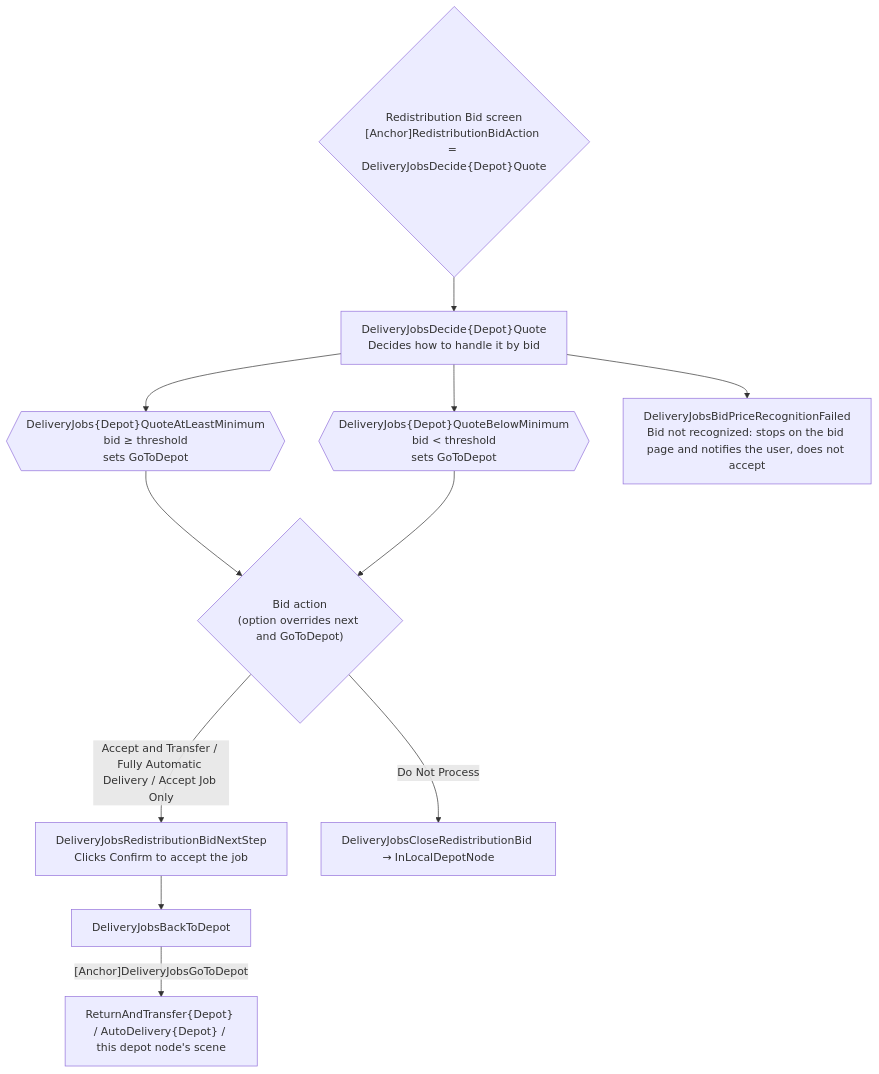
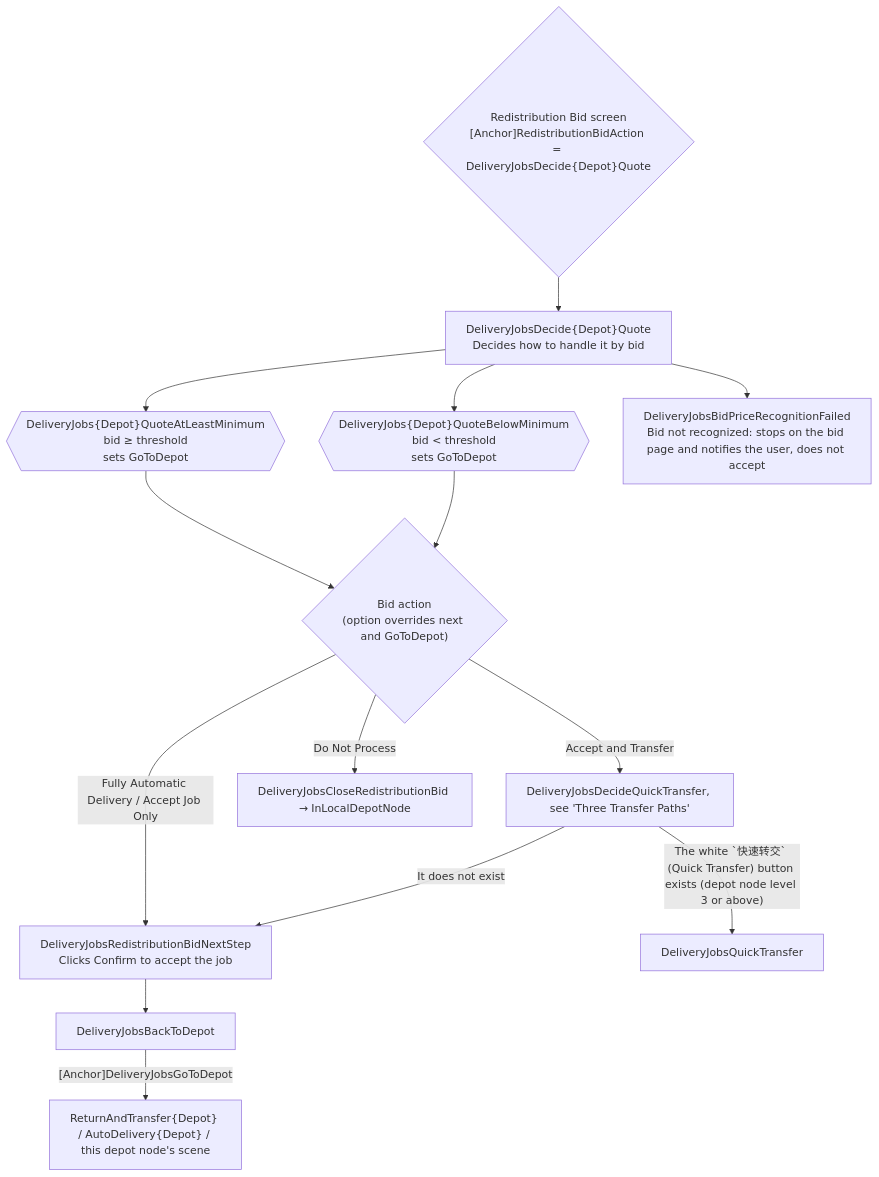
The third of 6 diagrams in docs/en_us/developers/tasks/delivery-jobs-maintain.md (MaaEnd/MaaEnd), drawn with Mermaid before and after one commit. The commit also changed other lines of this file and 6 other files, not shown here.

First line of the commit message:
fix(DeliveryJobs): 调度申请界面等按钮稳定后判断是否走快速转交（仓储节点未满3级时回退接取）

````diff
--- a/docs/en_us/developers/tasks/delivery-jobs-maintain.md
+++ b/docs/en_us/developers/tasks/delivery-jobs-maintain.md
@@ -118,13 +126,16 @@
 ```mermaid
 flowchart TD
     Bid{"Redistribution Bid screen\n[Anchor]RedistributionBidAction = DeliveryJobsDecide{Depot}Quote"} --> Decide["DeliveryJobsDecide{Depot}Quote\nDecides how to handle it by bid"]
     Decide --> AtLeast{{"DeliveryJobs{Depot}QuoteAtLeastMinimum\nbid ≥ threshold\nsets GoToDepot"}}
     Decide --> Below{{"DeliveryJobs{Depot}QuoteBelowMinimum\nbid < threshold\nsets GoToDepot"}}
     Decide --> Fail["DeliveryJobsBidPriceRecognitionFailed\nBid not recognized: stops on the bid page and notifies the user, does not accept"]
     AtLeast --> QA{"Bid action\n(option overrides next and GoToDepot)"}
     Below --> QA
-    QA -->|Accept and Transfer / Fully Automatic Delivery / Accept Job Only| RB["DeliveryJobsRedistributionBidNextStep\nClicks Confirm to accept the job"]
+    QA -->|Accept and Transfer| QD["DeliveryJobsDecideQuickTransfer, see 'Three Transfer Paths'"]
+    QA -->|Fully Automatic Delivery / Accept Job Only| RB["DeliveryJobsRedistributionBidNextStep\nClicks Confirm to accept the job"]
     QA -->|Do Not Process| Close["DeliveryJobsCloseRedistributionBid → InLocalDepotNode"]
+    QD -->|"The white `快速转交` (Quick Transfer) button exists (depot node level 3 or above)"| QT["DeliveryJobsQuickTransfer"]
+    QD -->|It does not exist| RB
     RB --> Back["DeliveryJobsBackToDepot"]
     Back -->|"[Anchor]DeliveryJobsGoToDepot"| Land["ReturnAndTransfer{Depot} / AutoDelivery{Depot} / this depot node's scene"]
 ```
````
